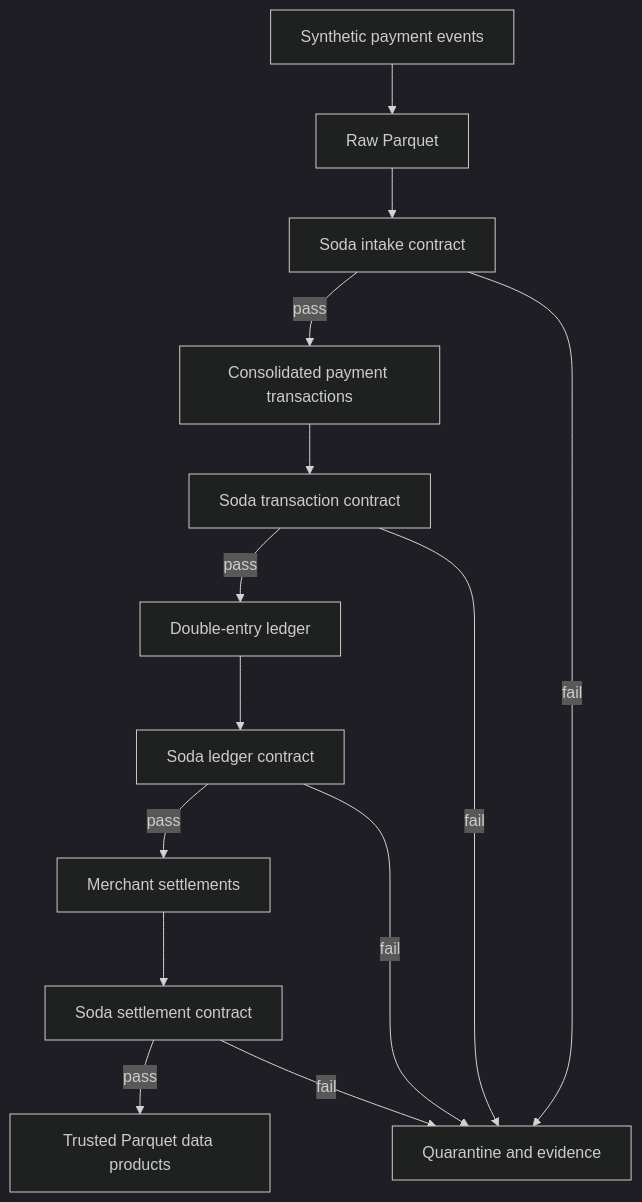
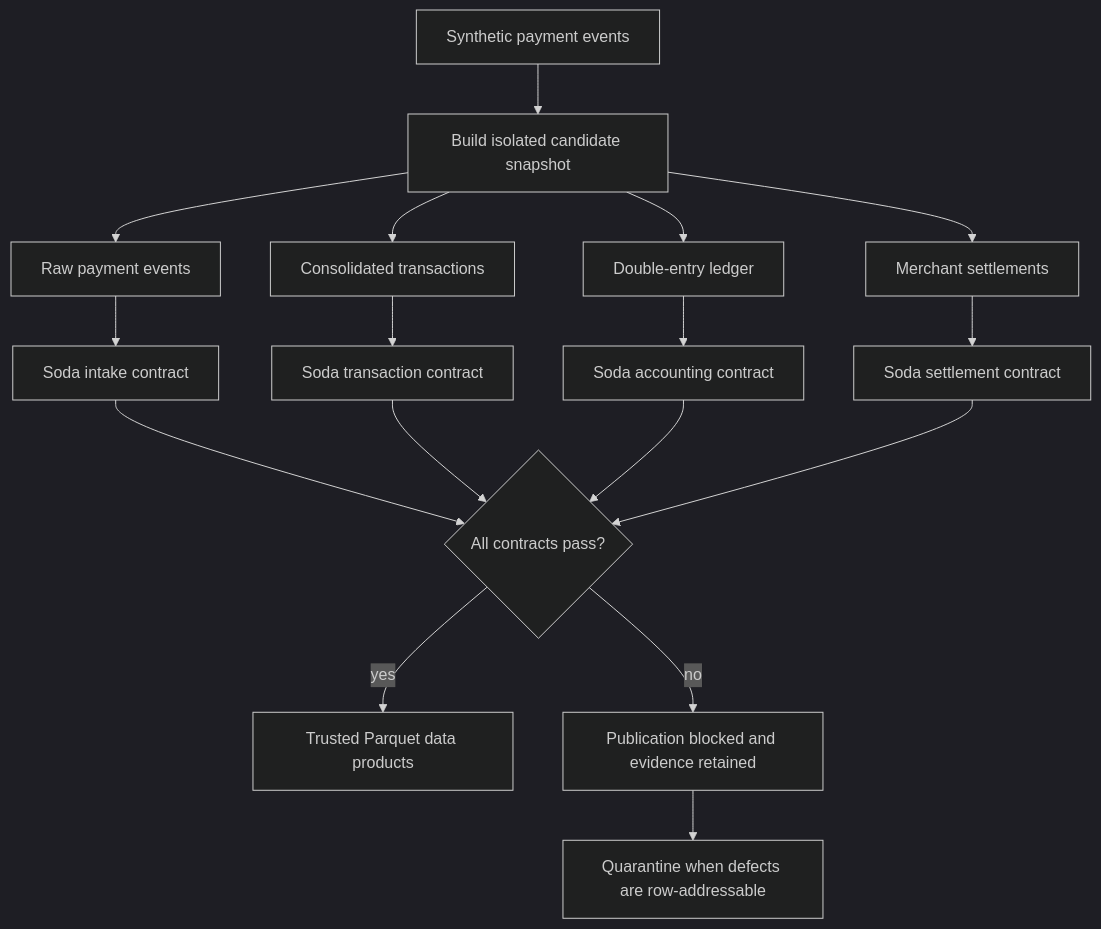
One commit to hakigreg/fintech-payments-data-quality changed the diagram in docs/architecture.md. Above: the diagram before and after it, drawn with Mermaid (dark theme). The commit also changed other lines of this file and 1 other file, not shown here.

Commit message:
docs: clarify aggregated Soda publication gate

````diff
--- a/docs/architecture.md
+++ b/docs/architecture.md
@@ -9,16 +9,19 @@
 ```mermaid
 flowchart TD
-    A[Synthetic payment events] --> B[Raw Parquet]
-    B --> C[Soda intake contract]
-    C -->|pass| D[Consolidated payment transactions]
-    C -->|fail| Q[Quarantine and evidence]
-    D --> E[Soda transaction contract]
-    E -->|pass| F[Double-entry ledger]
-    E -->|fail| Q
-    F --> G[Soda ledger contract]
-    G -->|pass| H[Merchant settlements]
-    G -->|fail| Q
-    H --> I[Soda settlement contract]
-    I -->|pass| J[Trusted Parquet data products]
-    I -->|fail| Q
+    A[Synthetic payment events] --> B[Build isolated candidate snapshot]
+    B --> R[Raw payment events]
+    B --> T[Consolidated transactions]
+    B --> L[Double-entry ledger]
+    B --> S[Merchant settlements]
+    R --> RC[Soda intake contract]
+    T --> TC[Soda transaction contract]
+    L --> LC[Soda accounting contract]
+    S --> SC[Soda settlement contract]
+    RC --> G{All contracts pass?}
+    TC --> G
+    LC --> G
+    SC --> G
+    G -->|yes| P[Trusted Parquet data products]
+    G -->|no| E[Publication blocked and evidence retained]
+    E --> Q[Quarantine when defects are row-addressable]
 ```
````
